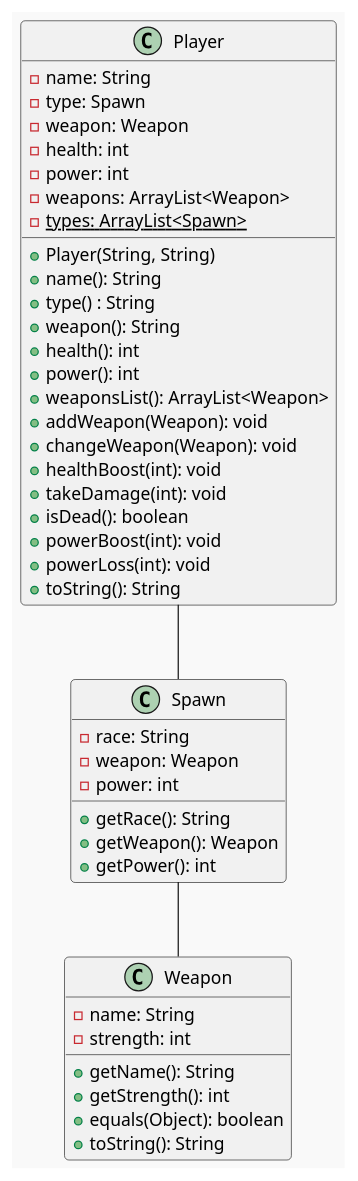
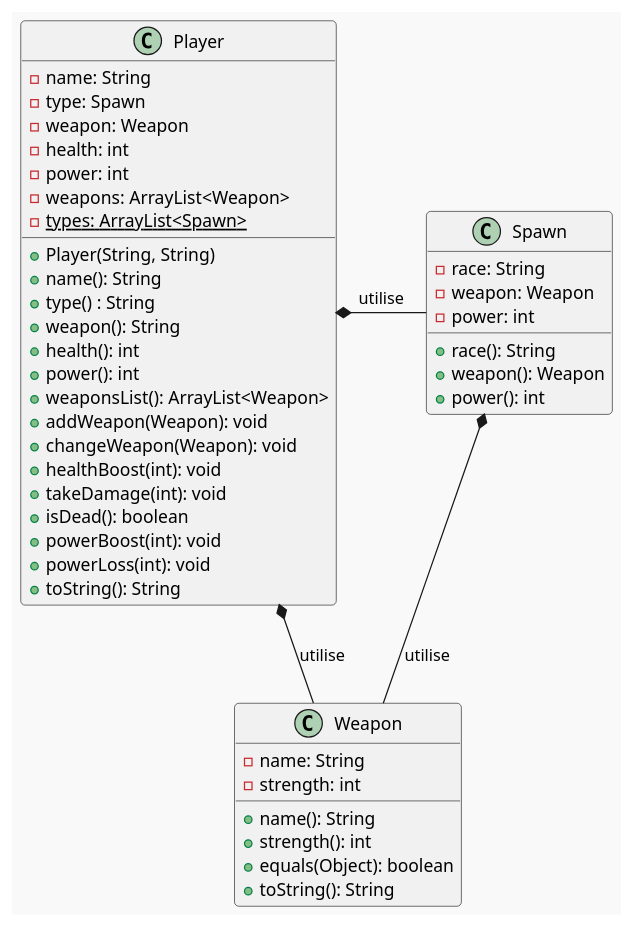
One commit to physcrowley/code4U changed the diagram in encapsulation/realistic/Player.puml. Above: the diagram before and after it, drawn with PlantUML. The commit also changed 5 other files, not shown here.

```diff
--- a/encapsulation/realistic/Player.puml
+++ b/encapsulation/realistic/Player.puml
@@ -3,62 +3,63 @@
 @startuml player
 
 /' https://plantuml.com/fr/theme
     favoris : mars, plain, amiga, crt-green, sketchy, sketchy-outline '/
 !theme mars
 
 /' garder les symboles de visibilité simples 
 skinparam classAttributeIconSize 0 '/
 
 
 /' https://plantuml.com/fr/class-diagram '/
 
 /' objets '/
 class Weapon {
     - name: String 
     - strength: int
-    + getName(): String
-    + getStrength(): int
+    + name(): String
+    + strength(): int
     + equals(Object): boolean
     + toString(): String
 }
 
 class Spawn {
     - race: String 
     - weapon: Weapon
     - power: int 
-    + getRace(): String 
-    + getWeapon(): Weapon
-    + getPower(): int
+    + race(): String 
+    + weapon(): Weapon
+    + power(): int
 }
 
 class Player {
     - name: String 
     - type: Spawn
     - weapon: Weapon
     - health: int
     - power: int
     - weapons: ArrayList<Weapon>
     - types: ArrayList<Spawn> {static}
     + Player(String, String)
     + name(): String
     + type() : String
     + weapon(): String
     + health(): int
     + power(): int
     + weaponsList(): ArrayList<Weapon>
     + addWeapon(Weapon): void
     + changeWeapon(Weapon): void
     + healthBoost(int): void
     + takeDamage(int): void
     + isDead(): boolean
     + powerBoost(int): void
     + powerLoss(int): void
     + toString(): String
 }
 
 
 /' relations '/
-Player -- Spawn
-Spawn -- Weapon
+Player *- Spawn : utilise
+Spawn *-- Weapon : utilise
+Player *-- Weapon : utilise
 
 @enduml
```
